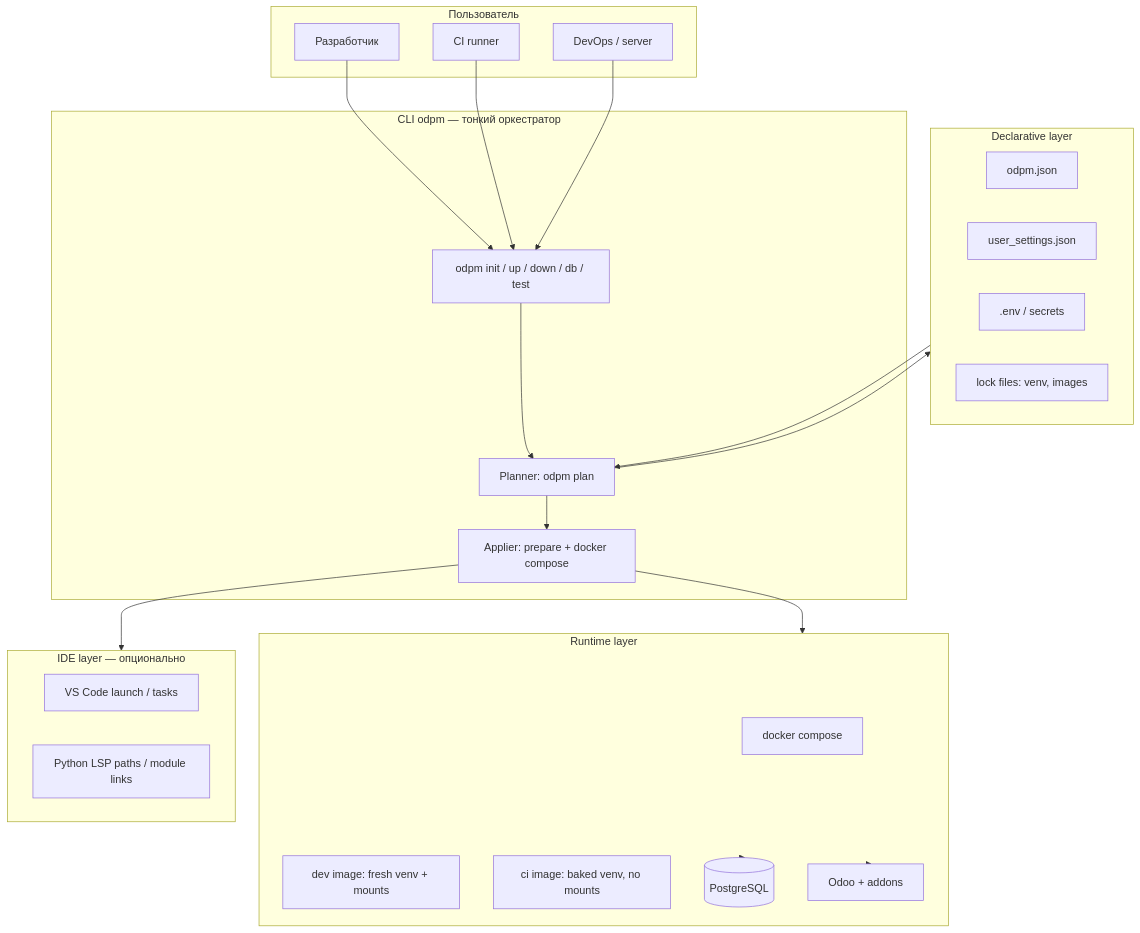
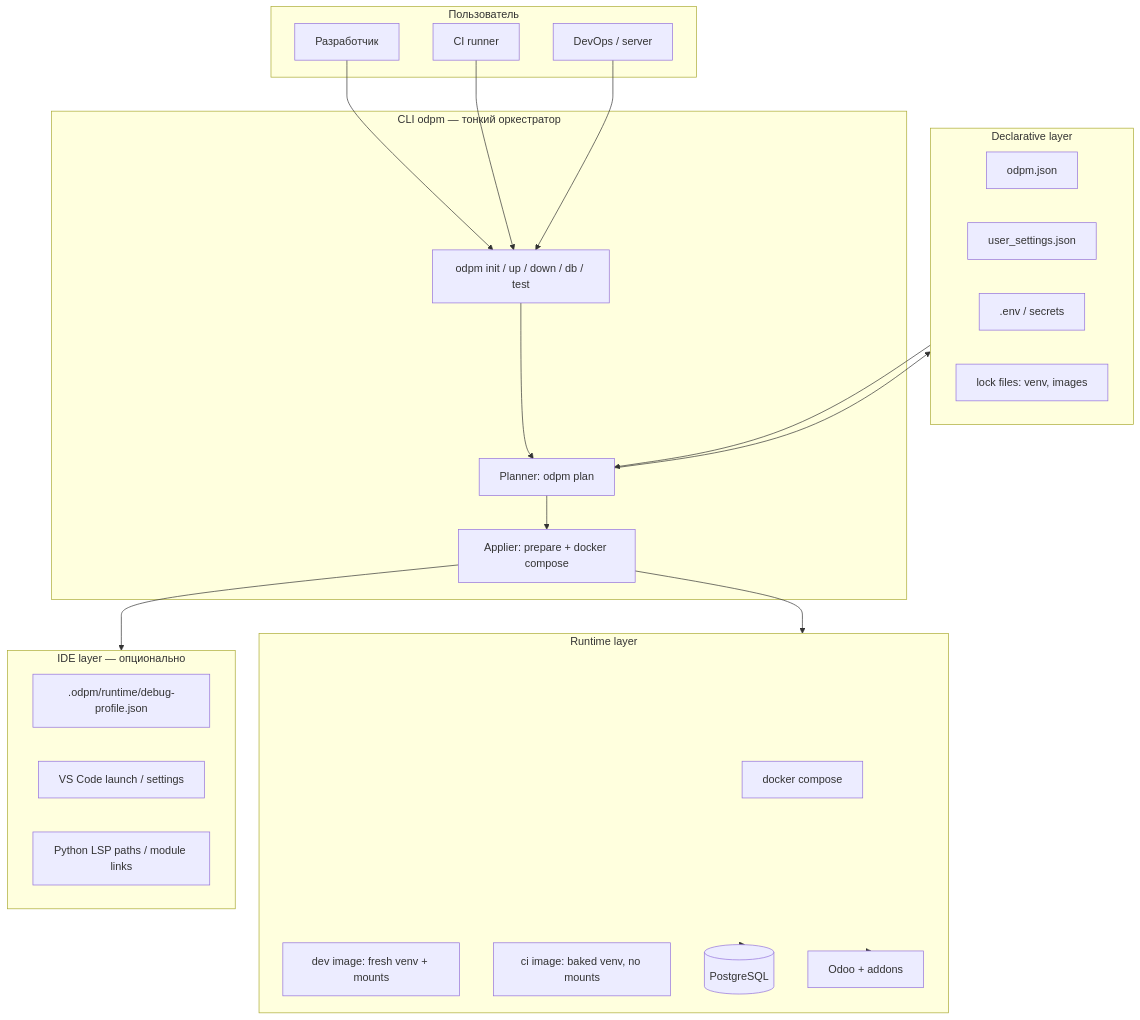
The first of 7 diagrams in goals_ru.md (aayartsev/odpm), drawn with Mermaid before and after one commit. The commit also changed 8 other files, not shown here.

Commit message:
[4.3][DOCS] Document IDE-neutral DebuggerProfile and debug-profile.json Changelog, README, ops/reference docs, smoke checklist, goals, and todo now describe debug-profile.json as the shared attach contract; VS Code remains the only auto-configured IDE,

````diff
--- a/goals_ru.md
+++ b/goals_ru.md
@@ -34,46 +34,47 @@
 ```mermaid
 flowchart TB
     subgraph user [Пользователь]
         dev[Разработчик]
         ci[CI runner]
         ops[DevOps / server]
     end
 
     subgraph cli [CLI odpm — тонкий оркестратор]
         cmd[odpm init / up / down / db / test]
         plan[Planner: odpm plan]
         apply[Applier: prepare + docker compose]
     end
 
     subgraph manifest [Declarative layer]
         odpm_json[odpm.json]
         user_json[user_settings.json]
         env[.env / secrets]
         lock[lock files: venv, images]
     end
 
     subgraph runtime [Runtime layer]
         compose[docker compose]
         img_dev[dev image: fresh venv + mounts]
         img_ci[ci image: baked venv, no mounts]
         pg[(PostgreSQL)]
         odoo[Odoo + addons]
     end
 
     subgraph ide [IDE layer — опционально]
-        vscode[VS Code launch / tasks]
+        profile[.odpm/runtime/debug-profile.json]
+        vscode[VS Code launch / settings]
         lsp[Python LSP paths / module links]
     end
 
     dev --> cmd
     ci --> cmd
     ops --> cmd
     cmd --> plan
     plan --> manifest
     plan --> apply
     apply --> runtime
     apply --> ide
     manifest --> plan
     runtime --> odoo
     runtime --> pg
 ```
````
